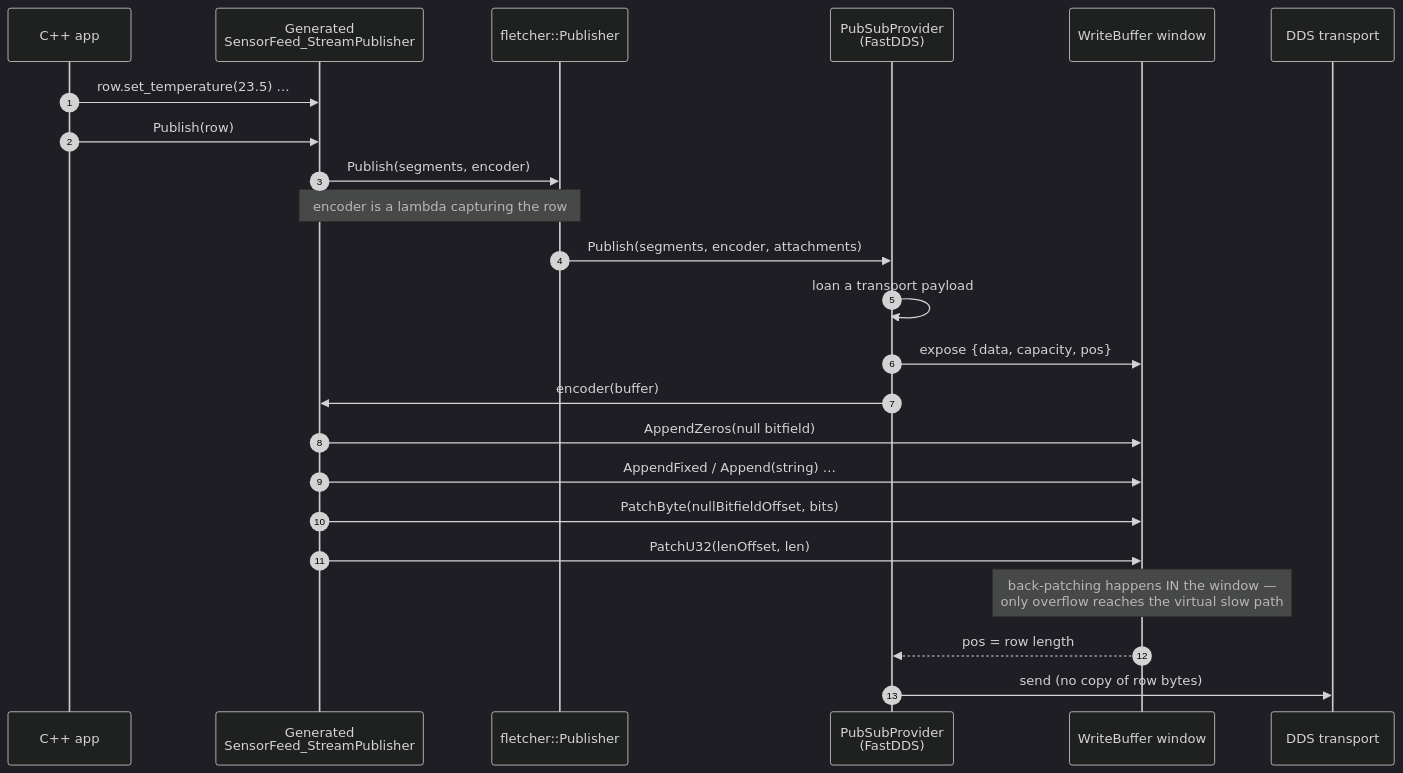
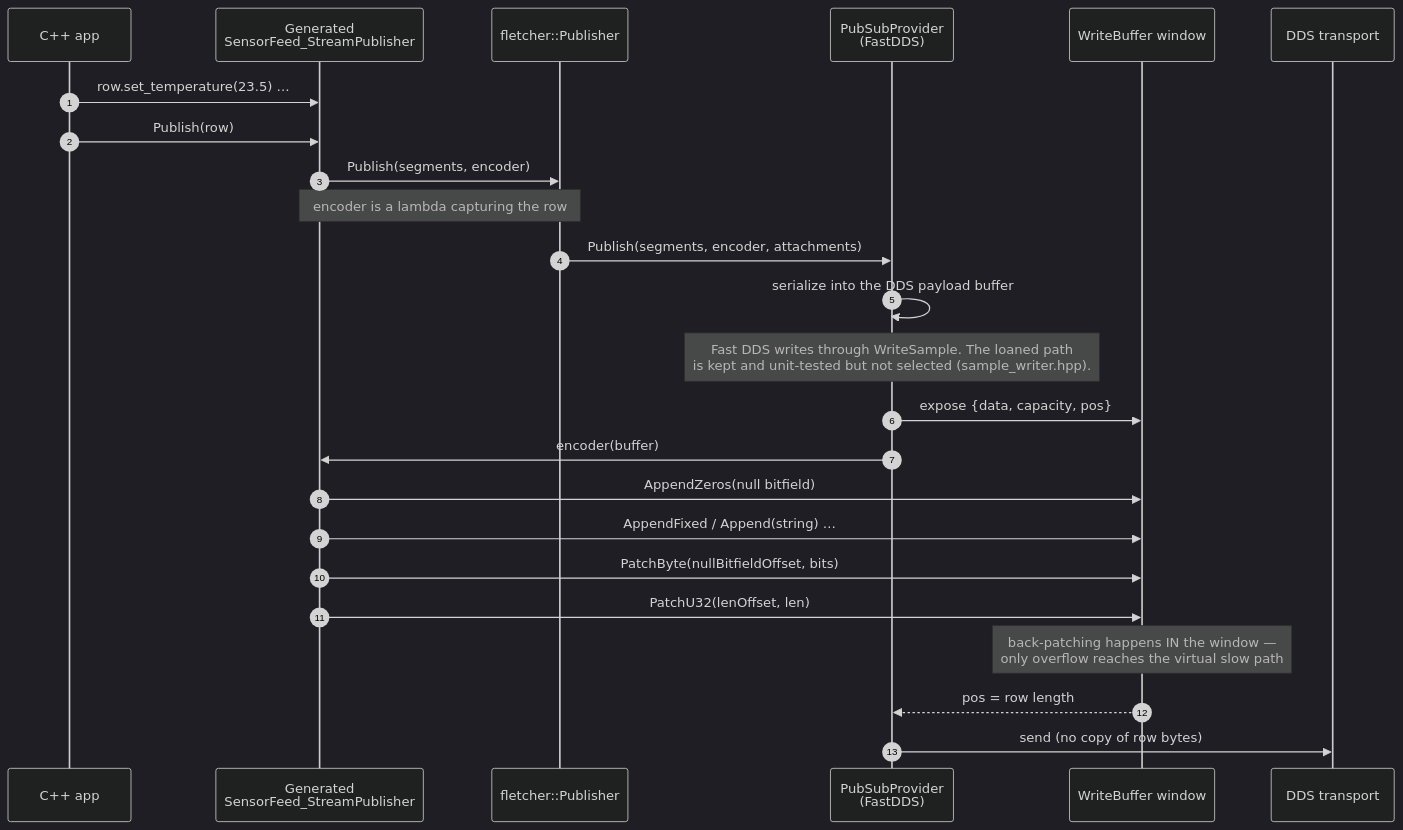
The fourth of 12 diagrams in plans/BIND-architecture-diagrams.md (eivacom/Fletcher), drawn with Mermaid (dark theme) before and after one commit. The commit also changed other lines of this file, not shown here.

````diff
--- a/plans/BIND-architecture-diagrams.md
+++ b/plans/BIND-architecture-diagrams.md
@@ -367,26 +403,27 @@
 ```mermaid
 sequenceDiagram
     autonumber
     participant App as C++ app
     participant Gen as Generated<br/>SensorFeed_StreamPublisher
     participant Pub as fletcher::Publisher
     participant Prov as PubSubProvider<br/>(FastDDS)
     participant Buf as WriteBuffer window
     participant Net as DDS transport
 
     App->>Gen: row.set_temperature(23.5) …
     App->>Gen: Publish(row)
     Gen->>Pub: Publish(segments, encoder)
     Note over Gen,Pub: encoder is a lambda capturing the row
     Pub->>Prov: Publish(segments, encoder, attachments)
-    Prov->>Prov: loan a transport payload
+    Prov->>Prov: serialize into the DDS payload buffer
+    Note over Prov: Fast DDS writes through WriteSample. The loaned path<br/>is kept and unit-tested but not selected (sample_writer.hpp).
     Prov->>Buf: expose {data, capacity, pos}
     Prov->>Gen: encoder(buffer)
     Gen->>Buf: AppendZeros(null bitfield)
     Gen->>Buf: AppendFixed / Append(string) …
     Gen->>Buf: PatchByte(nullBitfieldOffset, bits)
     Gen->>Buf: PatchU32(lenOffset, len)
     Note over Buf: back-patching happens IN the window —<br/>only overflow reaches the virtual slow path
     Buf-->>Prov: pos = row length
     Prov->>Net: send (no copy of row bytes)
 ```
````
